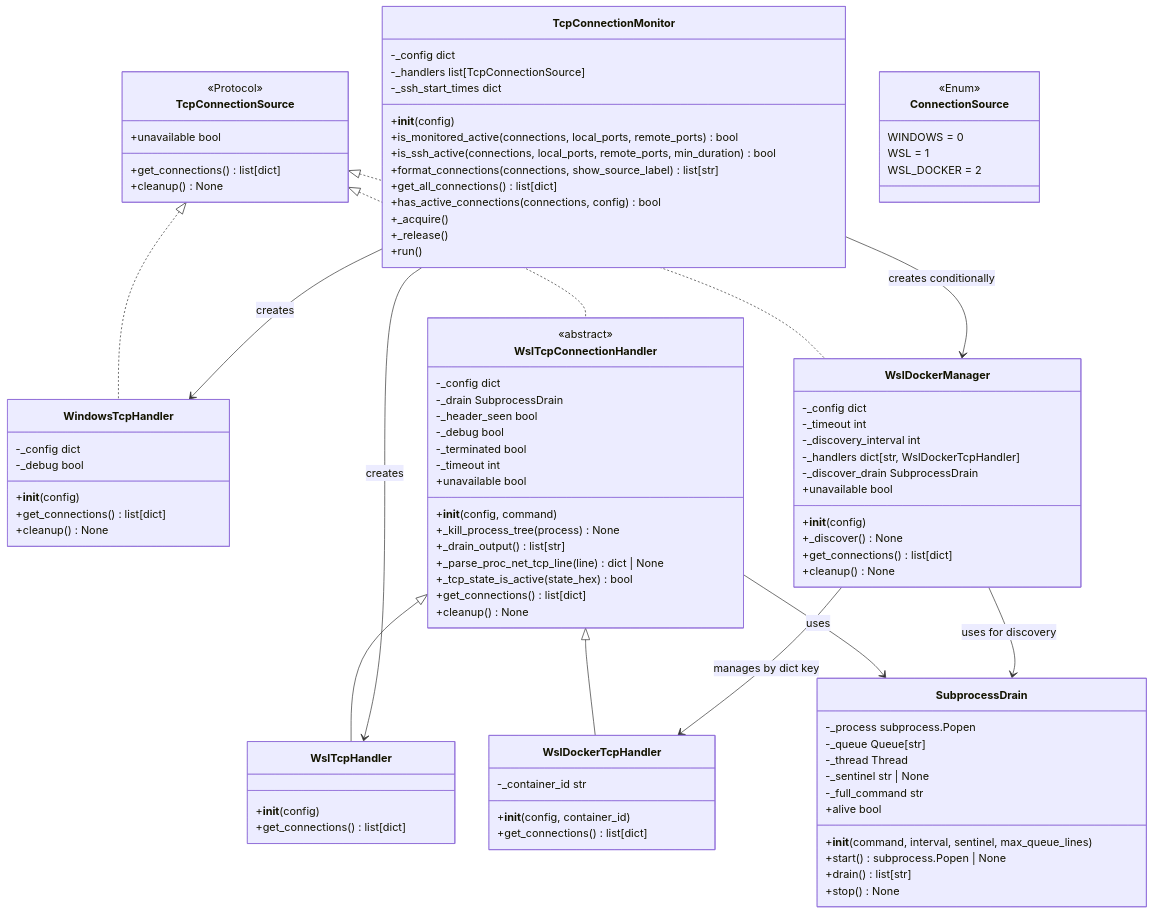
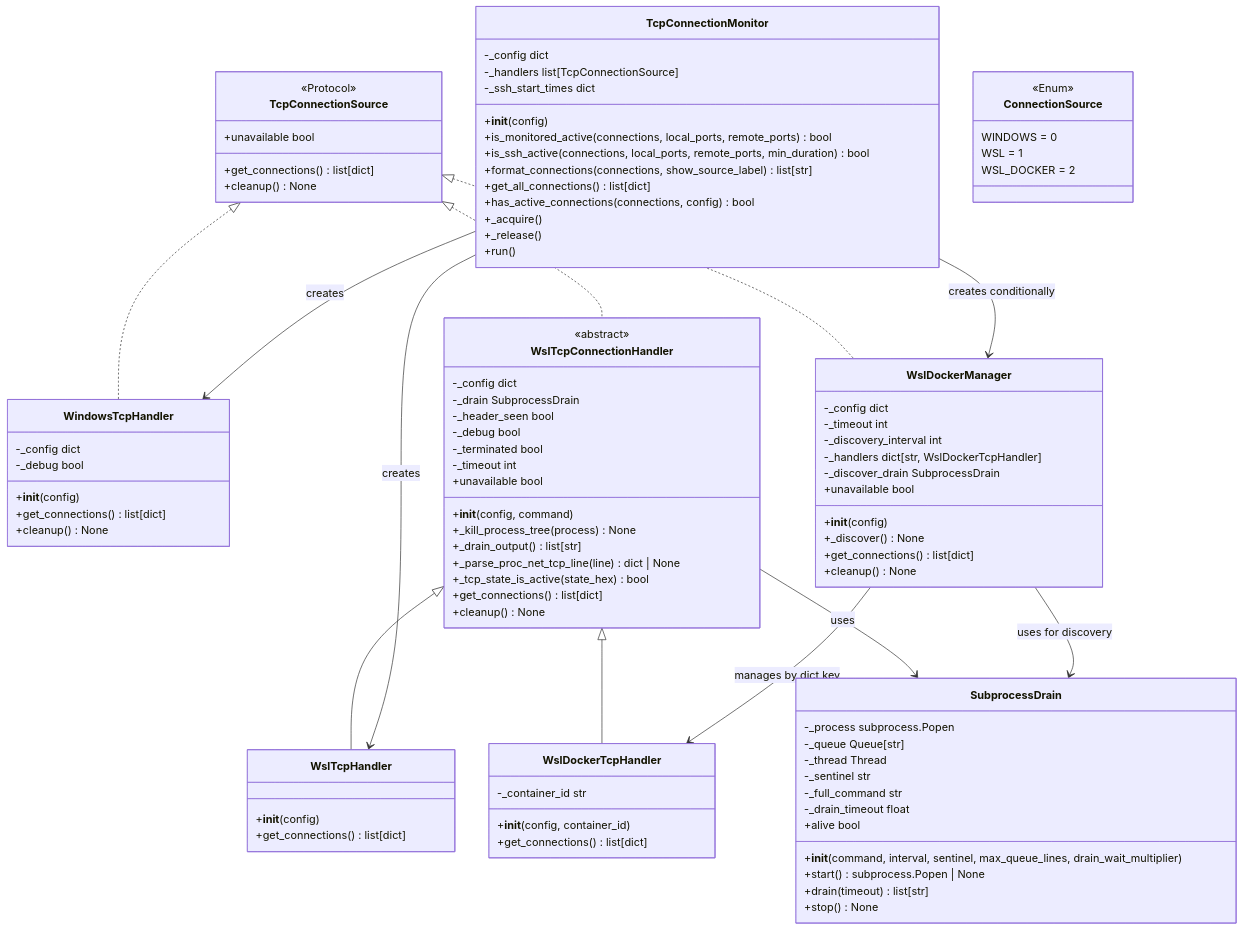
Before and after one commit to JonathanKChang/llm_wakelock_windows: the diagram in docs/class-diagram.md, drawn with Mermaid. The commit also changed 3 other files, not shown here.

```diff
--- a/docs/class-diagram.md
+++ b/docs/class-diagram.md
@@ -13,11 +13,12 @@
         -_process subprocess.Popen
         -_queue Queue[str]
         -_thread Thread
-        -_sentinel str | None
+        -_sentinel str
         -_full_command str
-        +__init__(command, interval, sentinel, max_queue_lines)
+        -_drain_timeout float
+        +__init__(command, interval, sentinel, max_queue_lines, drain_wait_multiplier)
         +start() subprocess.Popen | None
-        +drain() list[str]
+        +drain(timeout) list[str]
         +alive bool
         +stop() None
     }
```
